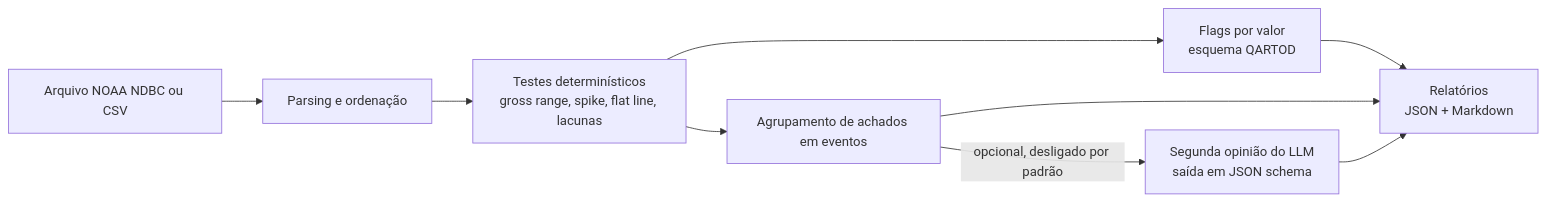
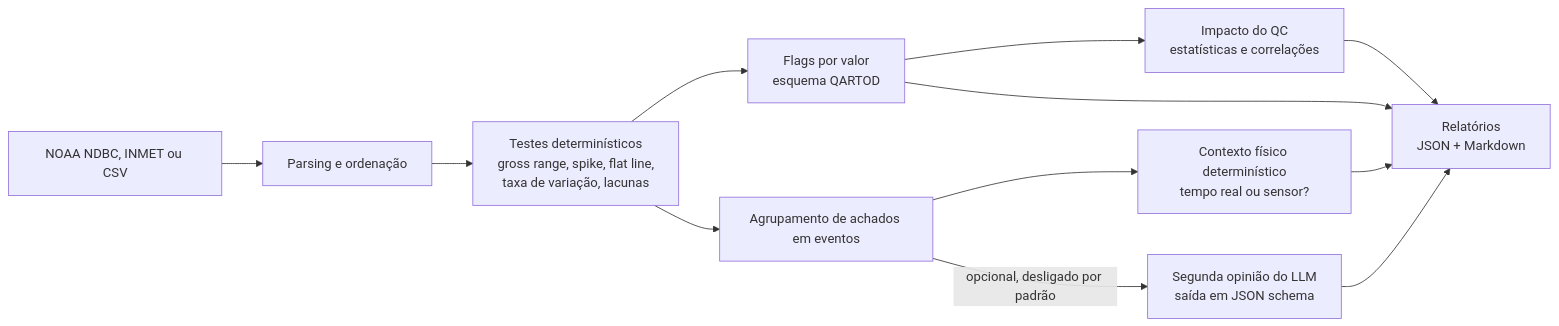
The diagram in README.md (hnryguchi/metocean-qc), drawn with Mermaid before and after one commit. The commit also changed other lines of this file and 13 other files, not shown here.

````diff
--- a/README.md
+++ b/README.md
@@ -36,11 +54,14 @@
 ```mermaid
 flowchart LR
-    A[Arquivo NOAA NDBC ou CSV] --> B[Parsing e ordenação]
-    B --> C[Testes determinísticos<br/>gross range, spike, flat line, lacunas]
+    A[NOAA NDBC, INMET ou CSV] --> B[Parsing e ordenação]
+    B --> C[Testes determinísticos<br/>gross range, spike, flat line,<br/>taxa de variação, lacunas]
     C --> D[Flags por valor<br/>esquema QARTOD]
     C --> E[Agrupamento de achados em eventos]
+    E --> H[Contexto físico determinístico<br/>tempo real ou sensor?]
+    D --> I[Impacto do QC<br/>estatísticas e correlações]
     E -->|opcional, desligado por padrão| F[Segunda opinião do LLM<br/>saída em JSON schema]
     D --> G[Relatórios<br/>JSON + Markdown]
-    E --> G
+    H --> G
+    I --> G
     F --> G
 ```
````
